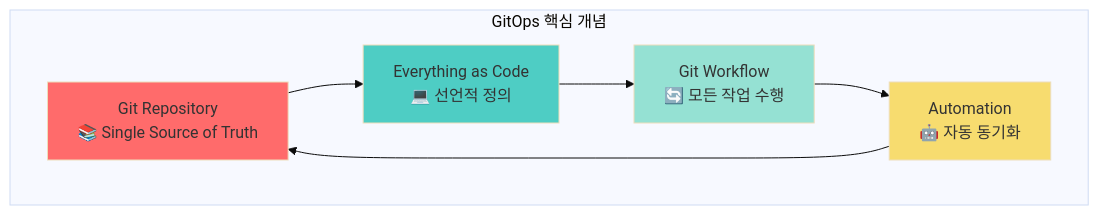
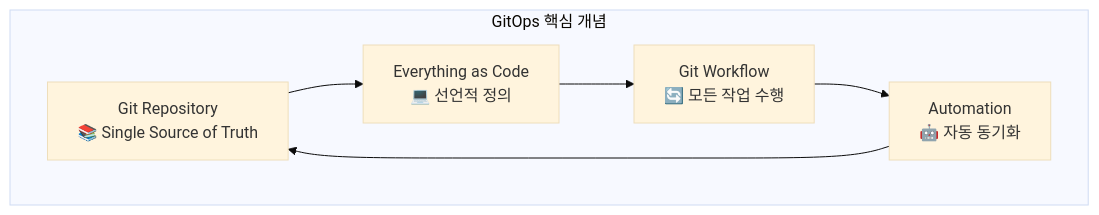
The second of 41 diagrams in docs/cicd/week1-image-build.md (juwon8891/juwon8891.github.io), drawn with Mermaid (base theme) before and after one commit. The commit also changed other lines of this file and 18 other files, not shown here.

Commit message:
Remove bright colors from Mermaid diagrams for dark mode compatibility

````diff
--- a/docs/cicd/week1-image-build.md
+++ b/docs/cicd/week1-image-build.md
@@ -69,19 +69,15 @@
 ```mermaid
 graph TB
     subgraph "GitOps 핵심 개념"
         GIT[Git Repository<br/>📚 Single Source of Truth]
         CODE[Everything as Code<br/>💻 선언적 정의]
         WORKFLOW[Git Workflow<br/>🔄 모든 작업 수행]
         AUTO[Automation<br/>🤖 자동 동기화]
 
         GIT --> CODE
         CODE --> WORKFLOW
         WORKFLOW --> AUTO
         AUTO --> GIT
 
-        style GIT fill:#FF6B6B
-        style CODE fill:#4ECDC4
-        style WORKFLOW fill:#95E1D3
-        style AUTO fill:#F7DC6F
     end
 ```
````
